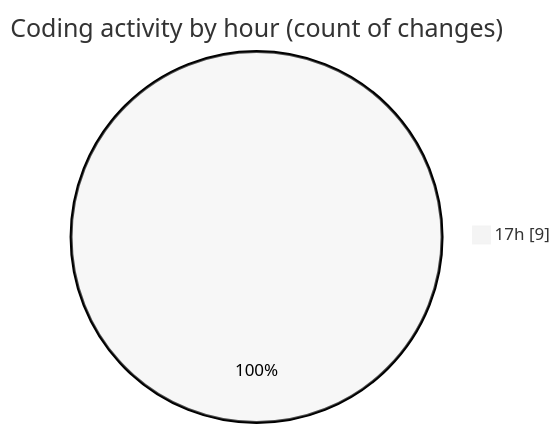
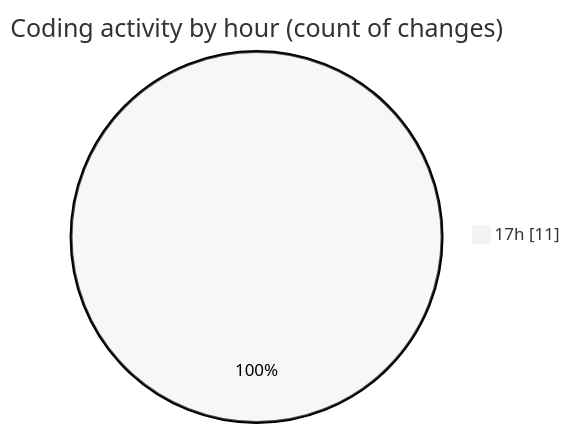
The second of 2 diagrams in 2025-02-13/image-composer/README.md (robertbonfada/code-tracking), drawn with Mermaid (neutral theme) before and after one commit. The commit also changed other lines of this file and 1 other file, not shown here.

````diff
--- a/2025-02-13/image-composer/README.md
+++ b/2025-02-13/image-composer/README.md
@@ -28,5 +28,5 @@
 ```mermaid
 pie showData
 title Coding activity by hour (count of changes)
-"17h" : 9
+"17h" : 11
 ```
````
